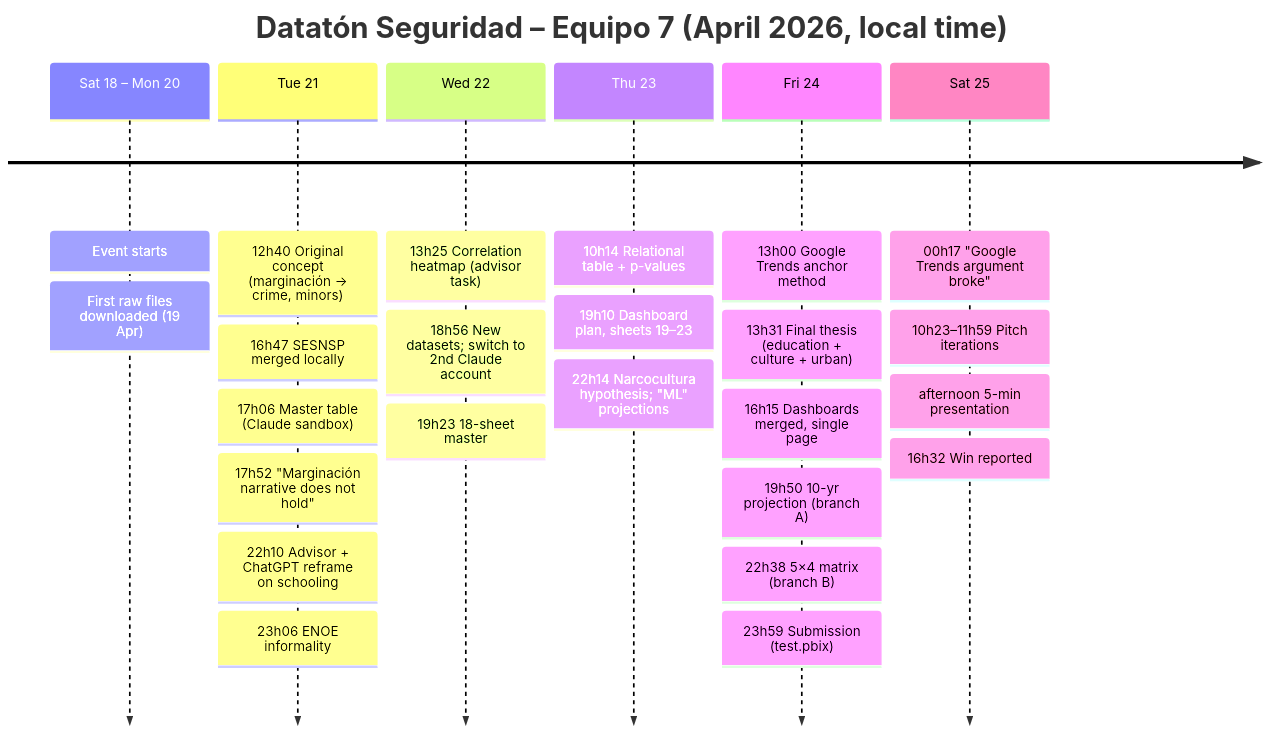
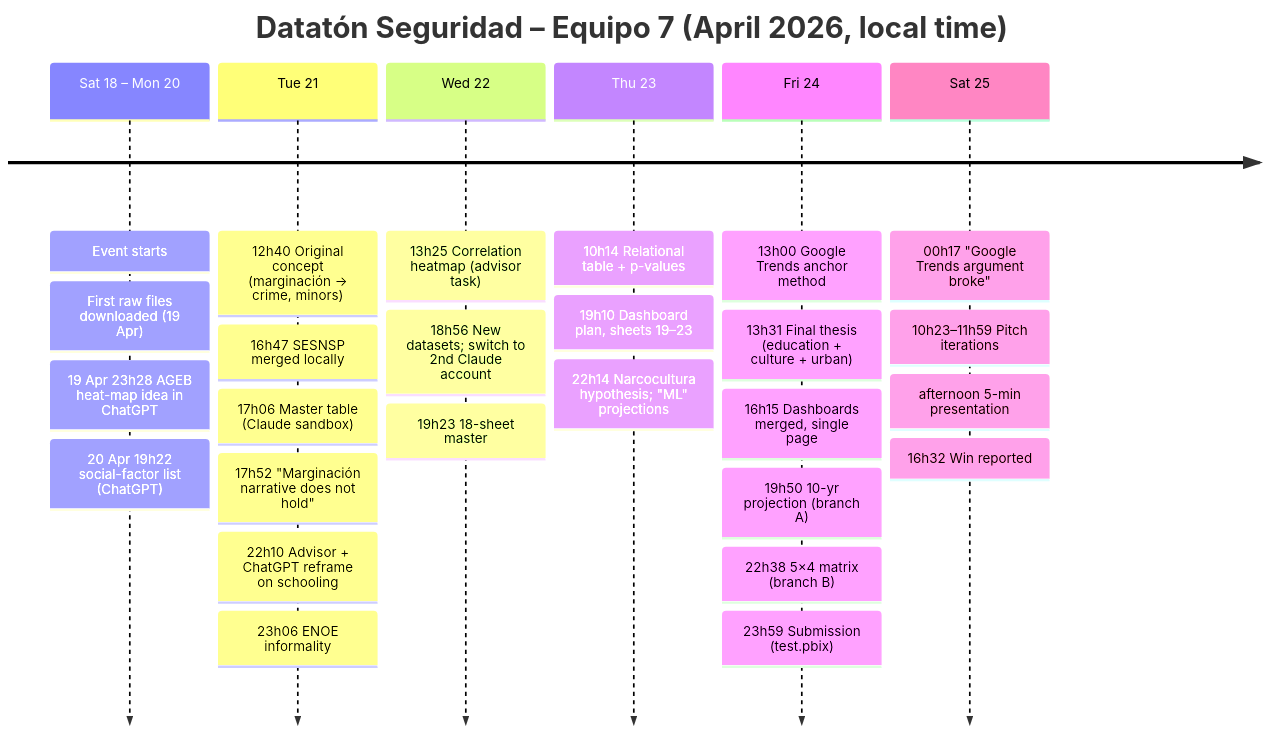
Before and after one commit to Joaco2025/2do-dataton-security-winner: the diagram in docs/04_project_evolution.md, drawn with Mermaid. The commit also changed other lines of this file and 20 other files, not shown here.

First line of the commit message:
Add evidence from the two ChatGPT account exports

````diff
--- a/docs/04_project_evolution.md
+++ b/docs/04_project_evolution.md
@@ -11,10 +11,10 @@
 ```mermaid
 timeline
     title Datatón Seguridad – Equipo 7 (April 2026, local time)
-    Sat 18 – Mon 20 : Event starts : First raw files downloaded (19 Apr)
+    Sat 18 – Mon 20 : Event starts : First raw files downloaded (19 Apr) : 19 Apr 23h28 AGEB heat-map idea in ChatGPT : 20 Apr 19h22 social-factor list (ChatGPT)
     Tue 21 : 12h40 Original concept (marginación → crime, minors) : 16h47 SESNSP merged locally : 17h06 Master table (Claude sandbox) : 17h52 "Marginación narrative does not hold" : 22h10 Advisor + ChatGPT reframe on schooling : 23h06 ENOE informality
     Wed 22 : 13h25 Correlation heatmap (advisor task) : 18h56 New datasets; switch to 2nd Claude account : 19h23 18-sheet master
     Thu 23 : 10h14 Relational table + p-values : 19h10 Dashboard plan, sheets 19–23 : 22h14 Narcocultura hypothesis; "ML" projections
     Fri 24 : 13h00 Google Trends anchor method : 13h31 Final thesis (education + culture + urban) : 16h15 Dashboards merged, single page : 19h50 10-yr projection (branch A) : 22h38 5×4 matrix (branch B) : 23h59 Submission (test.pbix)
     Sat 25 : 00h17 "Google Trends argument broke" : 10h23–11h59 Pitch iterations : afternoon 5-min presentation : 16h32 Win reported
 ```
````
